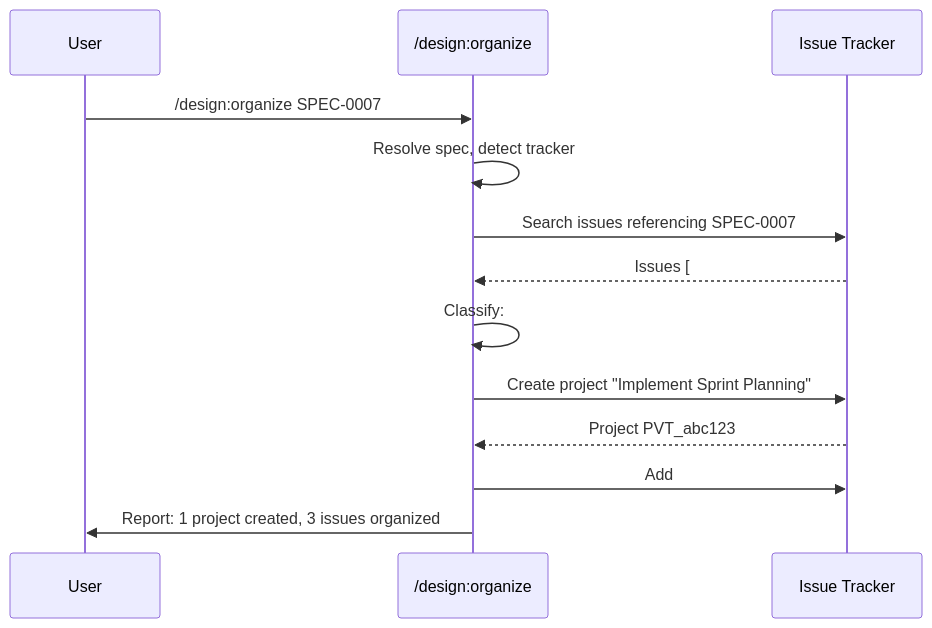
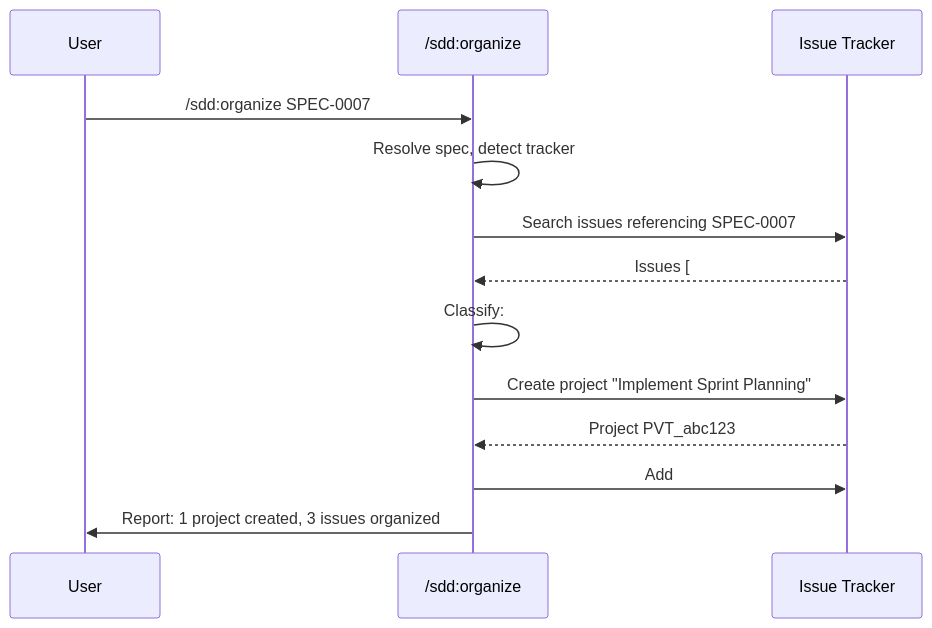
Before and after one commit to joestump/claude-plugin-design: the third of 4 diagrams in docs/openspec/specs/retroactive-issue-management/design.md, drawn with Mermaid. The commit also changed other lines of this file and 106 other files, not shown here.

First line of the commit message:
Rename plugin: design → sdd (Spec-Driven Development) (#75)

````diff
--- a/docs/openspec/specs/retroactive-issue-management/design.md
+++ b/docs/openspec/specs/retroactive-issue-management/design.md
@@ -127,16 +127,16 @@
 ```mermaid
 sequenceDiagram
     participant User
-    participant Organize as /design:organize
+    participant Organize as /sdd:organize
     participant Tracker as Issue Tracker
 
-    User->>Organize: /design:organize SPEC-0007
+    User->>Organize: /sdd:organize SPEC-0007
     Organize->>Organize: Resolve spec, detect tracker
     Organize->>Tracker: Search issues referencing SPEC-0007
     Tracker-->>Organize: Issues [#41 epic, #42 task, #43 task]
     Organize->>Organize: Classify: #41 = epic, #42/#43 = tasks
     Organize->>Tracker: Create project "Implement Sprint Planning"
     Tracker-->>Organize: Project PVT_abc123
     Organize->>Tracker: Add #41, #42, #43 to project
     Organize->>User: Report: 1 project created, 3 issues organized
 ```
````
